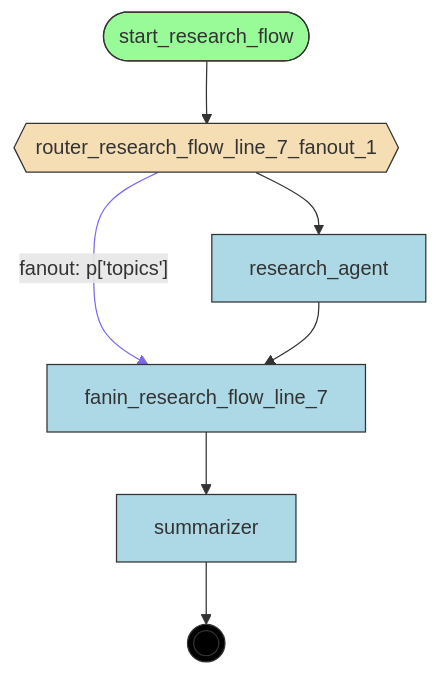
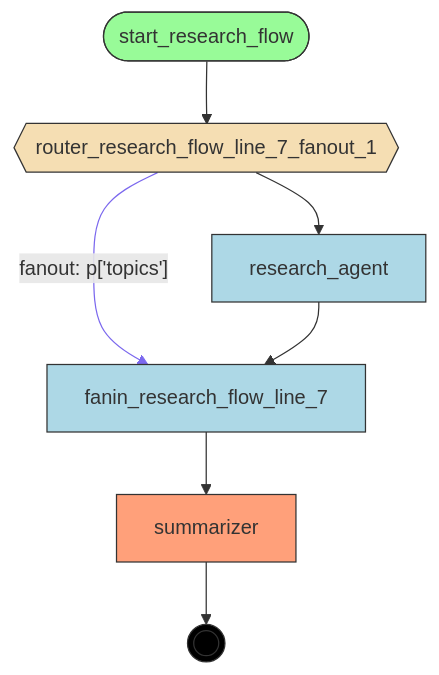
Before and after one commit to deliveryhero/asya: the diagram in src/asya-testing/asya_testing/flows/research_flow/compiled/flow.mmd, drawn with Mermaid. The commit also changed 364 other files, not shown here.

First line of the commit message:
feat(compiler): Phase 2 — 5-step pipeline with manifest generation and FlowInfo (#339)

```diff
--- a/src/asya-testing/asya_testing/flows/research_flow/compiled/flow.mmd
+++ b/src/asya-testing/asya_testing/flows/research_flow/compiled/flow.mmd
@@ -1,26 +1,28 @@
 flowchart TD
     %% Flow: research_flow
 
     fanin_research_flow_line_7[fanin_research_flow_line_7]
     research_agent[research_agent]
     router_research_flow_line_7_fanout_1{{router_research_flow_line_7_fanout_1}}
     start_research_flow([start_research_flow])
     summarizer[summarizer]
     __end__((( )))
 
     start_research_flow --> router_research_flow_line_7_fanout_1
     router_research_flow_line_7_fanout_1 -->|"fanout: p['topics']"| fanin_research_flow_line_7
     fanin_research_flow_line_7 --> summarizer
     router_research_flow_line_7_fanout_1 --> research_agent
     research_agent --> fanin_research_flow_line_7
     summarizer --> __end__
 
-    classDef entrypoint fill:#98FB98,stroke:#333
+    classDef start fill:#98FB98,stroke:#333
+    classDef endnode fill:#FFA07A,stroke:#333
     classDef router fill:#F5DEB3,stroke:#333
     classDef handler fill:#ADD8E6,stroke:#333
     classDef endpoint fill:#000,stroke:#333,color:#fff
-    class start_research_flow entrypoint
+    class start_research_flow start
+    class summarizer endnode
     class router_research_flow_line_7_fanout_1 router
-    class fanin_research_flow_line_7,research_agent,summarizer handler
+    class fanin_research_flow_line_7,research_agent handler
     class __end__ endpoint
     linkStyle 1 stroke:#7B68EE
```
